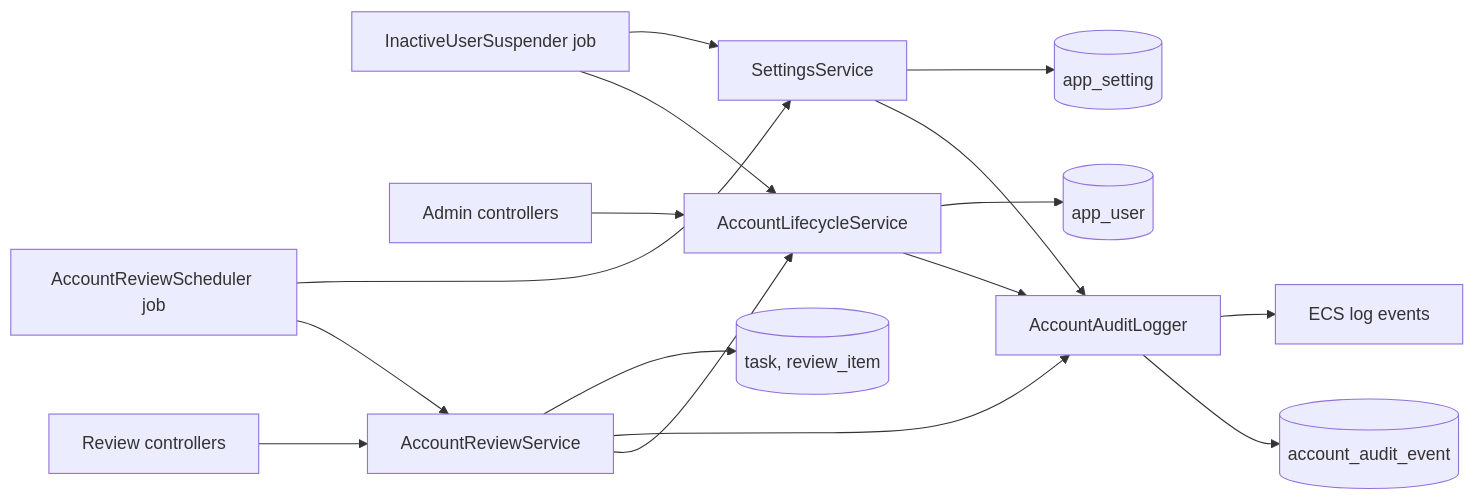
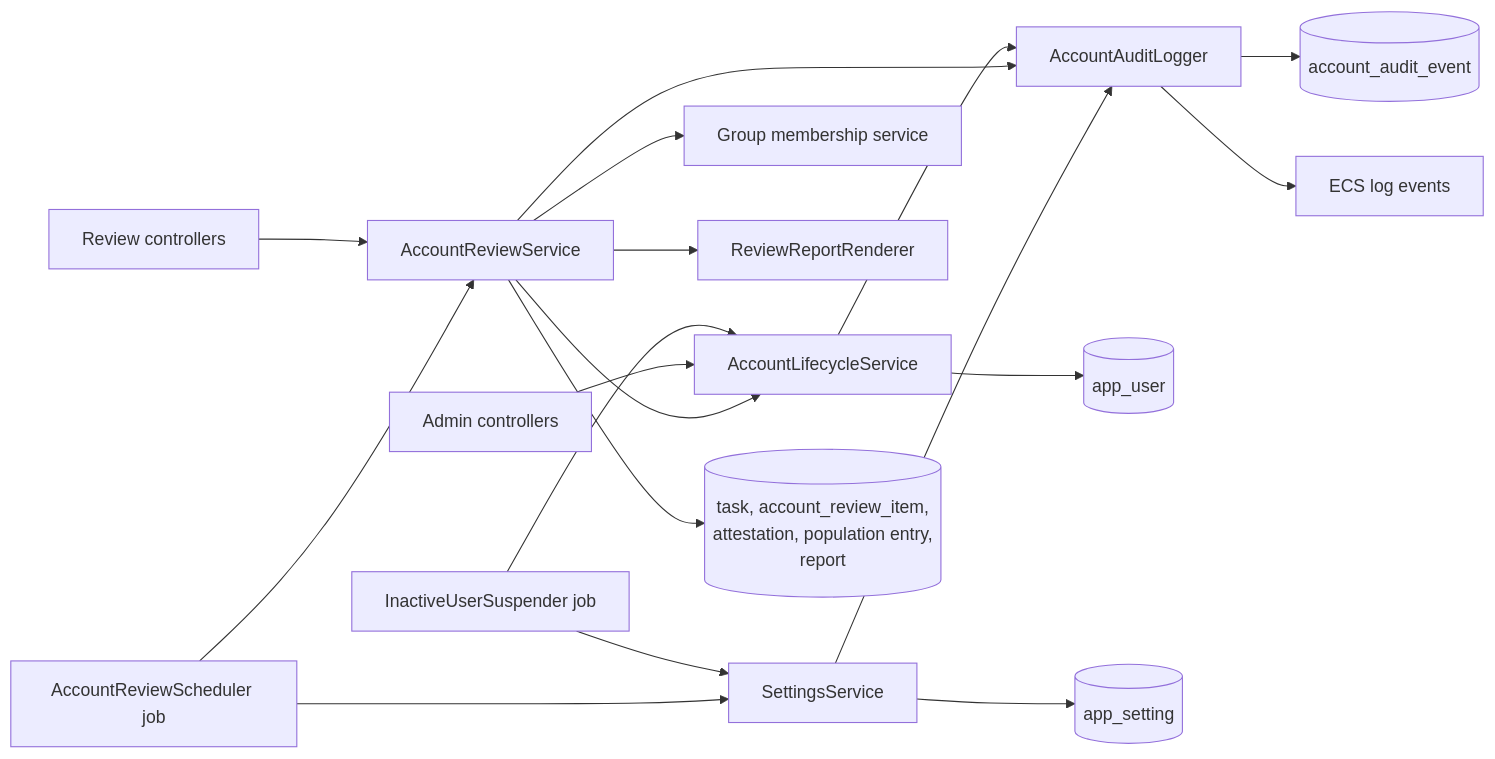
The diagram in docs/specifications/account-review/design.md (justin-tay/java-app-web-api-server-template), drawn with Mermaid before and after one commit. The commit also changed other lines of this file and 4 other files, not shown here.

Commit message:
docs: redesign the account review around populations, frozen evidence and a stored report

````diff
--- a/docs/specifications/account-review/design.md
+++ b/docs/specifications/account-review/design.md
@@ -17,18 +21,20 @@
 ```mermaid
 flowchart LR
     J1[InactiveUserSuspender job] --> L[AccountLifecycleService]
     A[Admin controllers] --> L
     R[Review controllers] --> RS[AccountReviewService]
     RS --> L
+    RS --> G[Group membership service]
+    RS --> RR[ReviewReportRenderer]
     J2[AccountReviewScheduler job] --> RS
     L --> AU[AccountAuditLogger]
     RS --> AU
     ST[SettingsService] --> AU
     AU --> T[(account_audit_event)]
     AU --> E[ECS log events]
     L --> U[(app_user)]
-    RS --> K[(task, review_item)]
+    RS --> K[(task, account_review_item,<br/>attestation, population entry,<br/>report)]
     ST --> S[(app_setting)]
     J1 --> ST
     J2 --> ST
 ```
````
